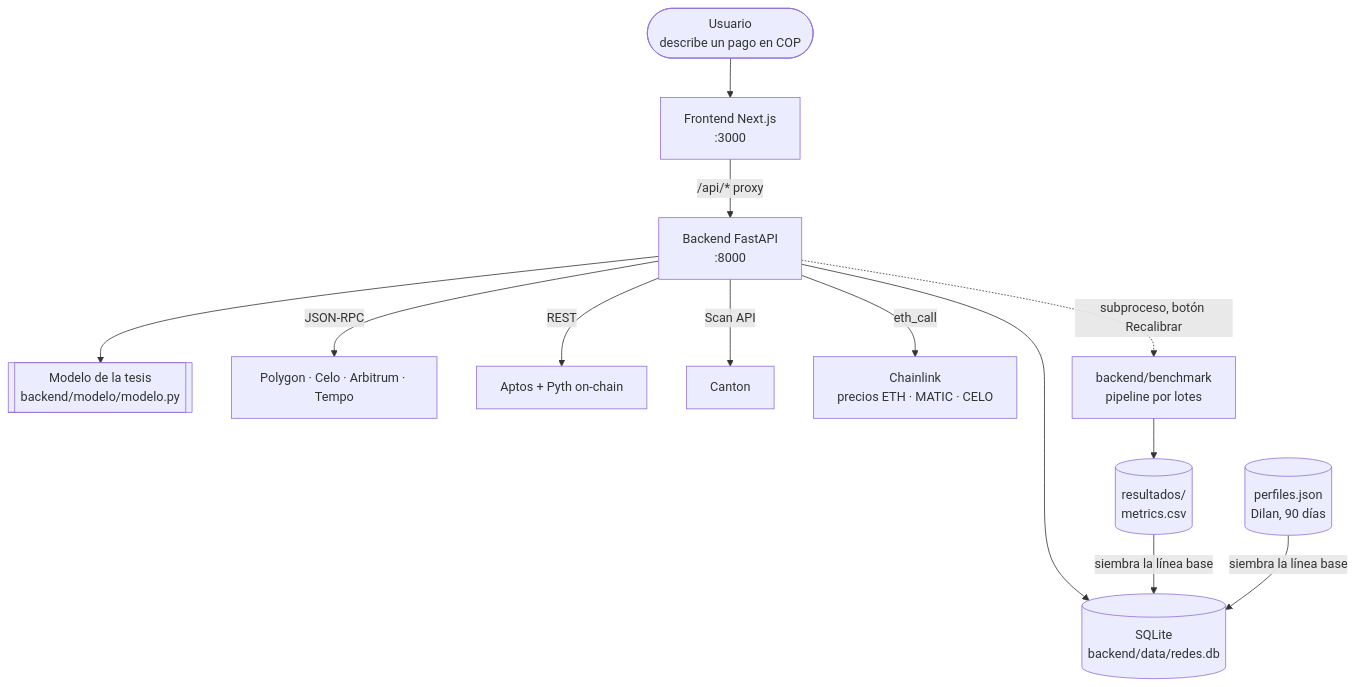
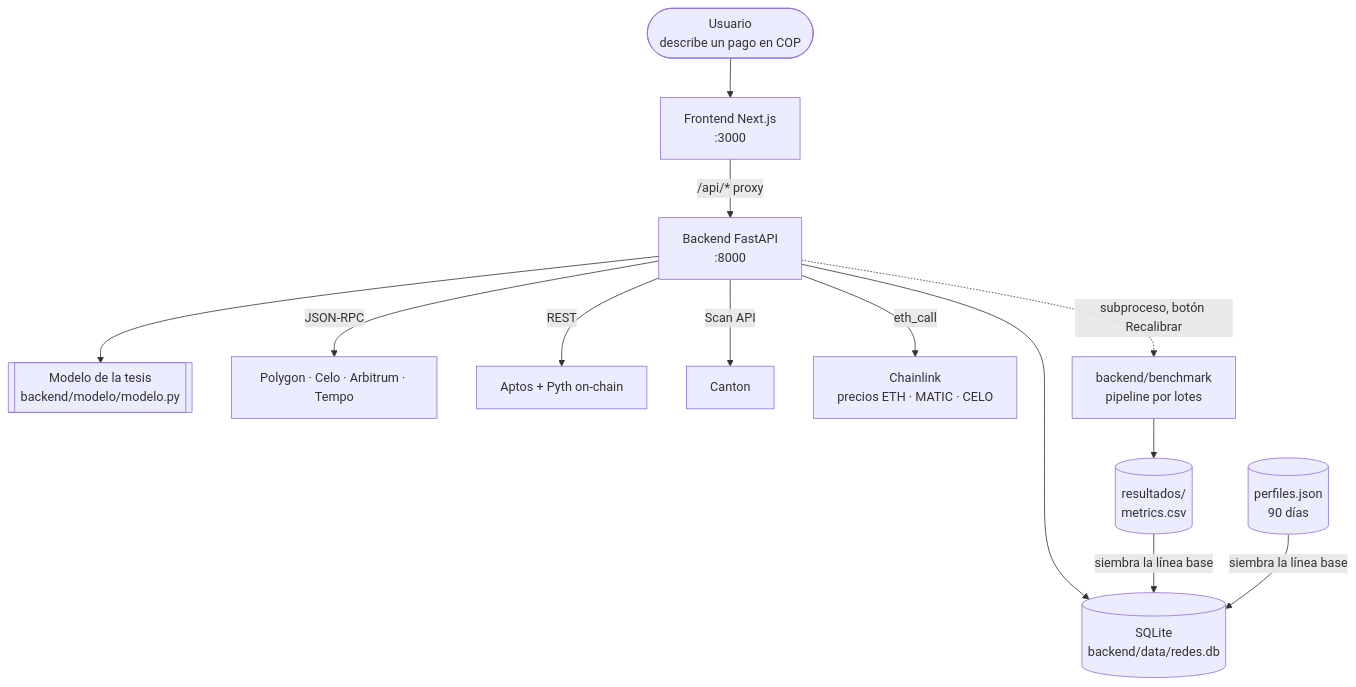
Before and after one commit to jeronimov10/Benchmark_Redes_Tesis_2026: the second of 2 diagrams in README.md, drawn with Mermaid. The commit also changed other lines of this file and 132 other files, not shown here.

````diff
--- a/README.md
+++ b/README.md
@@ -67,15 +154,15 @@
 ```mermaid
 flowchart TB
   U([Usuario<br/>describe un pago en COP]) --> FE[Frontend Next.js<br/>:3000]
   FE -->|/api/* proxy| BE[Backend FastAPI<br/>:8000]
   BE --> DB[(SQLite<br/>backend/data/redes.db)]
   BE --> MOD[[Modelo de la tesis<br/>backend/modelo/modelo.py]]
   BE -->|JSON-RPC| EVM[Polygon · Celo · Arbitrum · Tempo]
   BE -->|REST| APT[Aptos + Pyth on-chain]
   BE -->|Scan API| CAN[Canton]
   BE -->|eth_call| CL[Chainlink<br/>precios ETH · MATIC · CELO]
   BE -.->|subproceso, botón Recalibrar| BEN[backend/benchmark<br/>pipeline por lotes]
   BEN --> RES[(resultados/<br/>metrics.csv)]
   RES -->|siembra la línea base| DB
-  PJ[(perfiles.json<br/>Dilan, 90 días)] -->|siembra la línea base| DB
+  PJ[(perfiles.json<br/>90 días)] -->|siembra la línea base| DB
 ```
````
